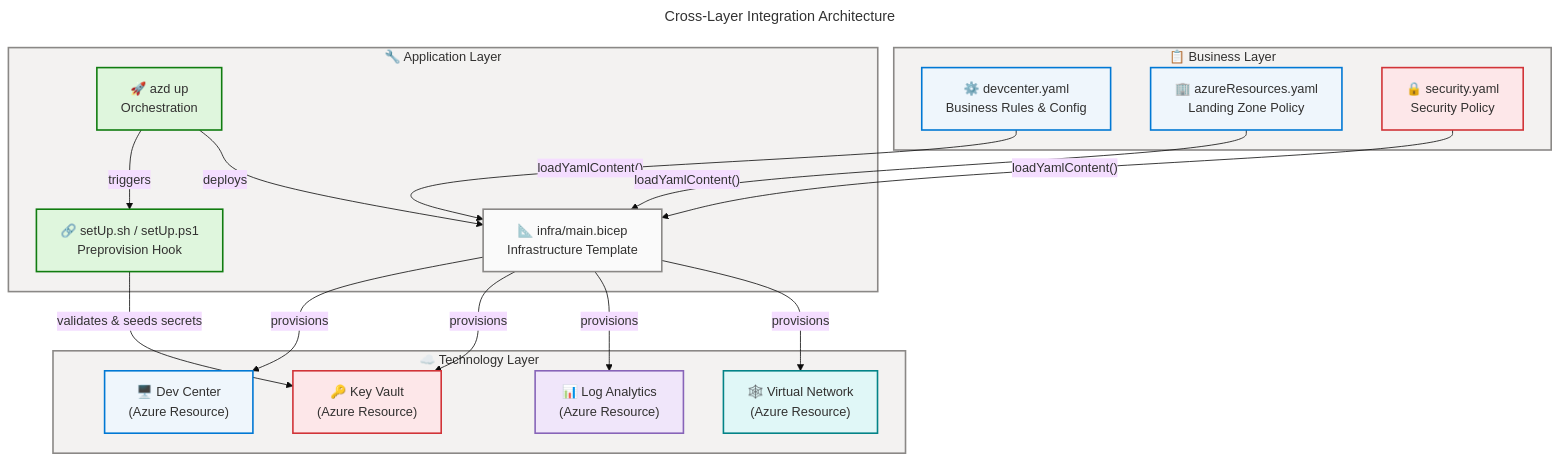
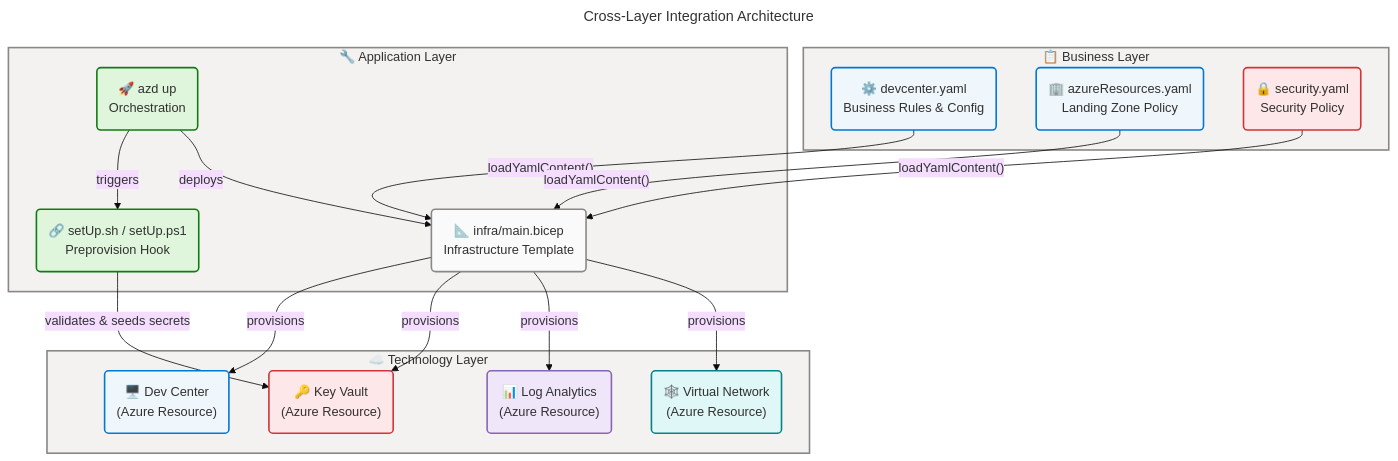
One commit to Evilazaro/DevExp-DevBox changed the sixth of 6 diagrams in docs/architecture/business-architecture.md. Above: the diagram before and after it, drawn with Mermaid. The commit also changed other lines of this file, not shown here.

Commit message:
refactor: update flowchart syntax for improved readability in business architecture documentation

````diff
--- a/docs/architecture/business-architecture.md
+++ b/docs/architecture/business-architecture.md
@@ -1254,69 +1254,69 @@
 ```mermaid
 ---
 title: "Cross-Layer Integration Architecture"
 config:
   theme: base
   look: classic
   layout: dagre
   themeVariables:
     fontSize: '16px'
   flowchart:
     htmlLabels: true
 ---
 flowchart TB
     accTitle: Cross-Layer Integration Architecture
     accDescr: Integration points between the Business layer and Application and Technology layers, showing the YAML configuration to Bicep module to Azure resource provisioning chain
 
     %% ═══════════════════════════════════════════════════════════════════════════
     %% AZURE / FLUENT ARCHITECTURE PATTERN v1.1
     %% (Semantic + Structural + Font + Accessibility Governance)
     %% ═══════════════════════════════════════════════════════════════════════════
     %% PHASE 1 - FLUENT UI: All styling uses approved Fluent UI palette only
     %% PHASE 2 - GROUPS: Every subgraph has semantic color via style directive
     %% PHASE 3 - COMPONENTS: Every node has semantic classDef + icon prefix
     %% PHASE 4 - ACCESSIBILITY: accTitle/accDescr present, WCAG AA contrast
     %% PHASE 5 - STANDARD: Governance block present, classDefs centralized
     %% ═══════════════════════════════════════════════════════════════════════════
 
     subgraph bizL["📋 Business Layer"]
-        YML_DC["⚙️ devcenter.yaml\nBusiness Rules & Config"]:::core
-        YML_AZ["🏢 azureResources.yaml\nLanding Zone Policy"]:::core
-        YML_SEC["🔒 security.yaml\nSecurity Policy"]:::danger
+        YML_DC("⚙️ devcenter.yaml\nBusiness Rules & Config"):::core
+        YML_AZ("🏢 azureResources.yaml\nLanding Zone Policy"):::core
+        YML_SEC("🔒 security.yaml\nSecurity Policy"):::danger
     end
 
     subgraph appL["🔧 Application Layer"]
-        AZD["🚀 azd up\nOrchestration"]:::success
-        HOOK["🔗 setUp.sh / setUp.ps1\nPreprovision Hook"]:::success
-        BICEP["📐 infra/main.bicep\nInfrastructure Template"]:::neutral
+        AZD("🚀 azd up\nOrchestration"):::success
+        HOOK("🔗 setUp.sh / setUp.ps1\nPreprovision Hook"):::success
+        BICEP("📐 infra/main.bicep\nInfrastructure Template"):::neutral
     end
 
     subgraph techL["☁️ Technology Layer"]
-        DC_RES["🖥️ Dev Center\n(Azure Resource)"]:::core
-        KV_RES["🔑 Key Vault\n(Azure Resource)"]:::danger
-        LAW_RES["📊 Log Analytics\n(Azure Resource)"]:::data
-        VN_RES["🕸️ Virtual Network\n(Azure Resource)"]:::external
+        DC_RES("🖥️ Dev Center\n(Azure Resource)"):::core
+        KV_RES("🔑 Key Vault\n(Azure Resource)"):::danger
+        LAW_RES("📊 Log Analytics\n(Azure Resource)"):::data
+        VN_RES("🕸️ Virtual Network\n(Azure Resource)"):::external
     end
 
     YML_DC -->|"loadYamlContent()"| BICEP
     YML_AZ -->|"loadYamlContent()"| BICEP
     YML_SEC -->|"loadYamlContent()"| BICEP
     AZD -->|"triggers"| HOOK
     HOOK -->|"validates & seeds secrets"| KV_RES
     AZD -->|"deploys"| BICEP
     BICEP -->|"provisions"| DC_RES
     BICEP -->|"provisions"| KV_RES
     BICEP -->|"provisions"| LAW_RES
     BICEP -->|"provisions"| VN_RES
 
     style bizL fill:#F3F2F1,stroke:#8A8886,stroke-width:2px,color:#323130
     style appL fill:#F3F2F1,stroke:#8A8886,stroke-width:2px,color:#323130
     style techL fill:#F3F2F1,stroke:#8A8886,stroke-width:2px,color:#323130
 
     classDef core     fill:#EFF6FC,stroke:#0078D4,stroke-width:2px,color:#323130
     classDef neutral  fill:#FAFAFA,stroke:#8A8886,stroke-width:2px,color:#323130
     classDef success  fill:#DFF6DD,stroke:#107C10,stroke-width:2px,color:#323130
     classDef warning  fill:#FFF4CE,stroke:#FFB900,stroke-width:2px,color:#323130
     classDef danger   fill:#FDE7E9,stroke:#D13438,stroke-width:2px,color:#323130
     classDef data     fill:#F0E6FA,stroke:#8764B8,stroke-width:2px,color:#323130
     classDef external fill:#E0F7F7,stroke:#038387,stroke-width:2px,color:#323130
 ```
````
